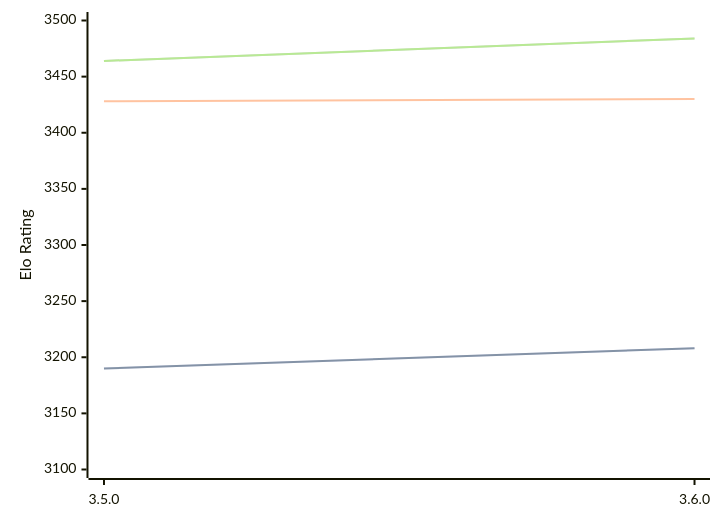
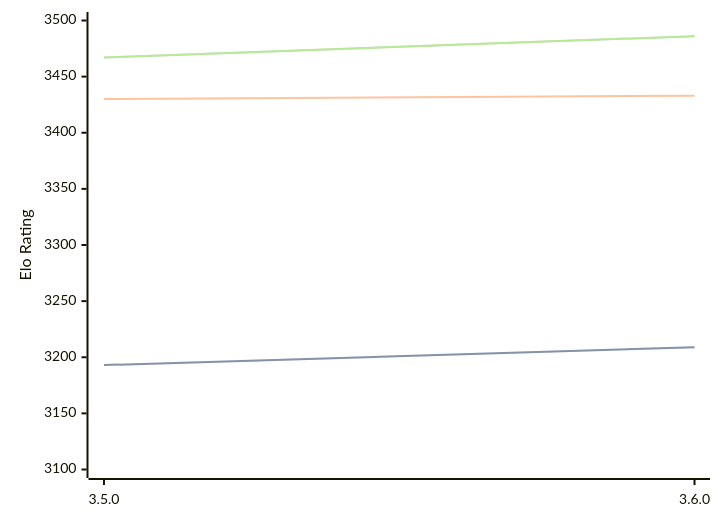
The diagram in engines/Igel.md (computer-chess-index/cci), drawn with Mermaid before and after one commit. The commit also changed other lines of this file, not shown here.

Commit message:
Update CCI Ratings (ELO VLTC) - 2026-04-11

````diff
--- a/engines/Igel.md
+++ b/engines/Igel.md
@@ -68,11 +68,11 @@
 ```mermaid
 %%{init: {"theme":"base","themeVariables":{"seriesColors:['#a3a3a3','#222221','#faa371']}}}%%
 xychart-beta
   x-axis ["3.5.0", "3.6.0"]
   y-axis "Elo Rating" 3100 --> 3500
-  line "STC (8.0+0.08s)" [3190, 3208]
-  line "STC (8.0+0.08s)" [3190, 3208]
-  line "LTC (60.0+0.60s)" [3428, 3430]
-  line "VLTC (2m24s+1.12s)" [3464, 3484]
-  line "VLTC (2m24s+1.12s)" [3464, 3484]
+  line "STC (8.0+0.08s)" [3193, 3209]
+  line "STC (8.0+0.08s)" [3193, 3209]
+  line "LTC (60.0+0.60s)" [3430, 3433]
+  line "VLTC (2m24s+1.12s)" [3467, 3486]
+  line "VLTC (2m24s+1.12s)" [3467, 3486]
 ```
````
